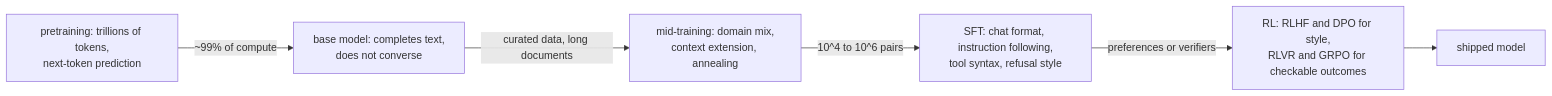
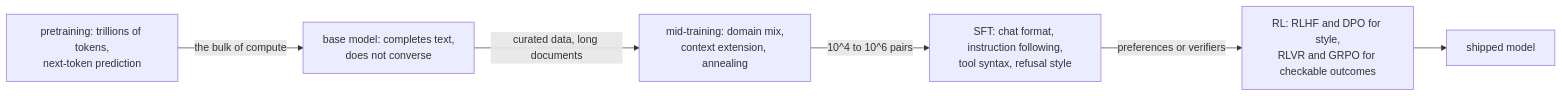
Diagram 21 of 34 in 02-llm-fundamentals/questions.md (mmousom/AI-Engineer-Interview-Questions), drawn with Mermaid before and after one commit. The commit also changed other lines of this file and 21 other files, not shown here.

````diff
--- a/02-llm-fundamentals/questions.md
+++ b/02-llm-fundamentals/questions.md
@@ -919,8 +942,8 @@
 ```mermaid
 flowchart LR
-    PT["pretraining: trillions of tokens,<br/>next-token prediction"] -->|"~99% of compute"| BM["base model: completes text,<br/>does not converse"]
+    PT["pretraining: trillions of tokens,<br/>next-token prediction"] -->|"the bulk of compute"| BM["base model: completes text,<br/>does not converse"]
     BM -->|"curated data, long documents"| MT["mid-training: domain mix,<br/>context extension, annealing"]
     MT -->|"10^4 to 10^6 pairs"| SFT["SFT: chat format, instruction following,<br/>tool syntax, refusal style"]
     SFT -->|"preferences or verifiers"| RL["RL: RLHF and DPO for style,<br/>RLVR and GRPO for checkable outcomes"]
     RL --> SHIP["shipped model"]
 ```
````
